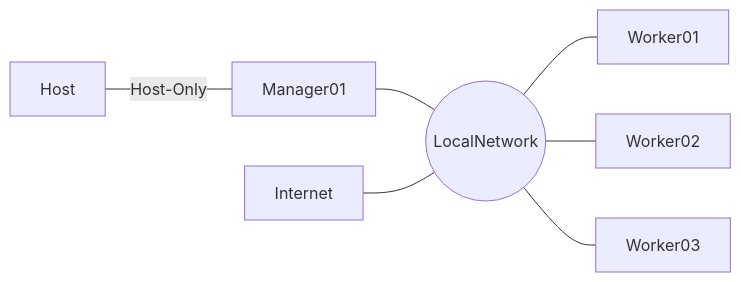
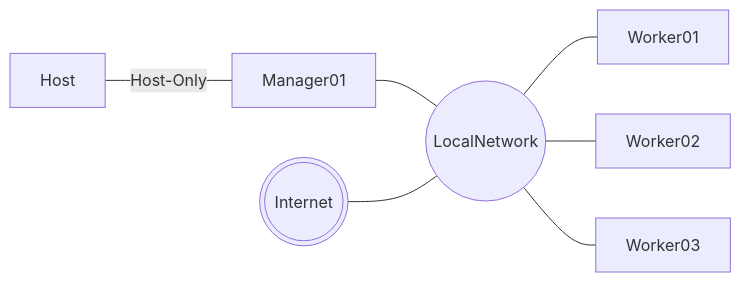
Before and after one commit to pgaljan/snippets: the diagram in K3SLite.md, drawn with Mermaid. The commit also changed other lines of this file, not shown here.

````diff
--- a/K3SLite.md
+++ b/K3SLite.md
@@ -11,9 +13,9 @@
 ```mermaid
 flowchart LR;
     Host---|Host-Only|Manager01;
     Manager01---LocalNetwork((LocalNetwork))
     LocalNetwork---Worker01
     LocalNetwork---Worker02
     LocalNetwork---Worker03
-    Internet---LocalNetwork
+    Internet(((Internet)))---LocalNetwork
 ```
````
